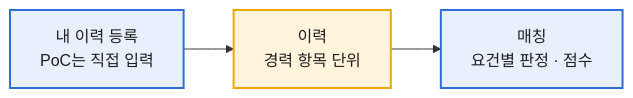
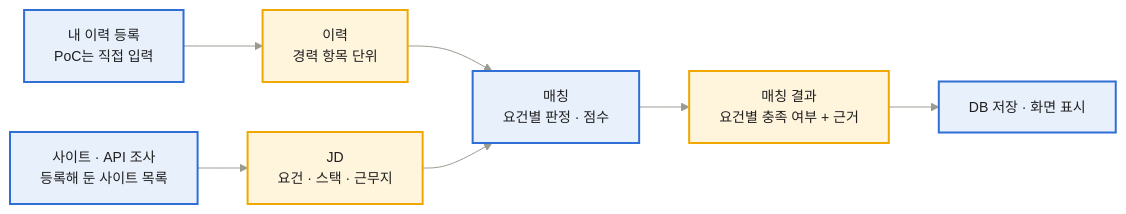
The sixth of 6 diagrams in docs/meetings/2026-10-20/_test.md (seung-gu/job-matching-agent), drawn with Mermaid before and after one commit. The commit also changed other lines of this file, not shown here.

Commit message:
Temporary mermaid rendering test 2 (to be removed)

````diff
--- a/docs/meetings/2026-10-20/_test.md
+++ b/docs/meetings/2026-10-20/_test.md
@@ -47,7 +117,15 @@
 ```mermaid
+%%{init: {"theme": "base", "themeVariables": {"fontSize": "14px", "lineColor": "#9a9a92", "clusterBkg": "#f4f4f2", "clusterBorder": "#dcdcd6", "edgeLabelBackground": "#ffffff", "primaryTextColor": "#1f1f1f"}, "flowchart": {"wrappingWidth": 400}}}%%
 flowchart LR
   REG["내 이력 등록<br/>PoC는 직접 입력"]:::done --> RES["이력<br/>경력 항목 단위"]:::todo --> MATCH["매칭<br/>요건별 판정 · 점수"]:::done
+  SRC["사이트 · API 조사<br/>등록해 둔 사이트 목록"]:::done --> JD["JD<br/>요건 · 스택 · 근무지"]:::todo --> MATCH
+  MATCH --> MR["매칭 결과<br/>요건별 충족 여부 + 근거"]:::todo --> OUT["DB 저장 · 화면 표시"]:::done
 
 classDef done fill:#e8f0fc,stroke:#2f6fd6,stroke-width:2px,color:#1f1f1f
 classDef todo fill:#fff4dc,stroke:#f0a800,stroke-width:2px,color:#1f1f1f
+classDef later fill:#fffbf2,stroke:#f0a800,stroke-width:2px,color:#1f1f1f
+classDef ext fill:#ffffff,stroke:#b5b5ad,color:#1f1f1f
+classDef code fill:#ececea,stroke:#d6d6d2,color:#1f1f1f
+classDef fake fill:#ffffff,stroke:#b5b5ad,color:#1f1f1f
+classDef note fill:none,stroke:none,color:#555555
 ```
````
